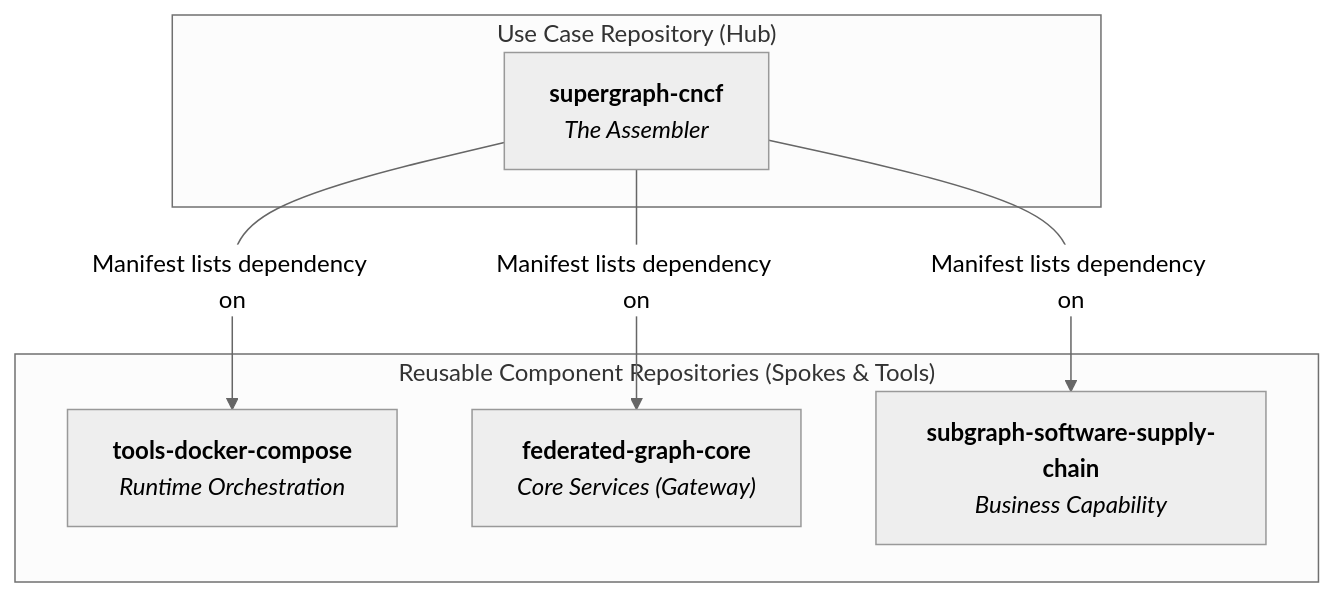
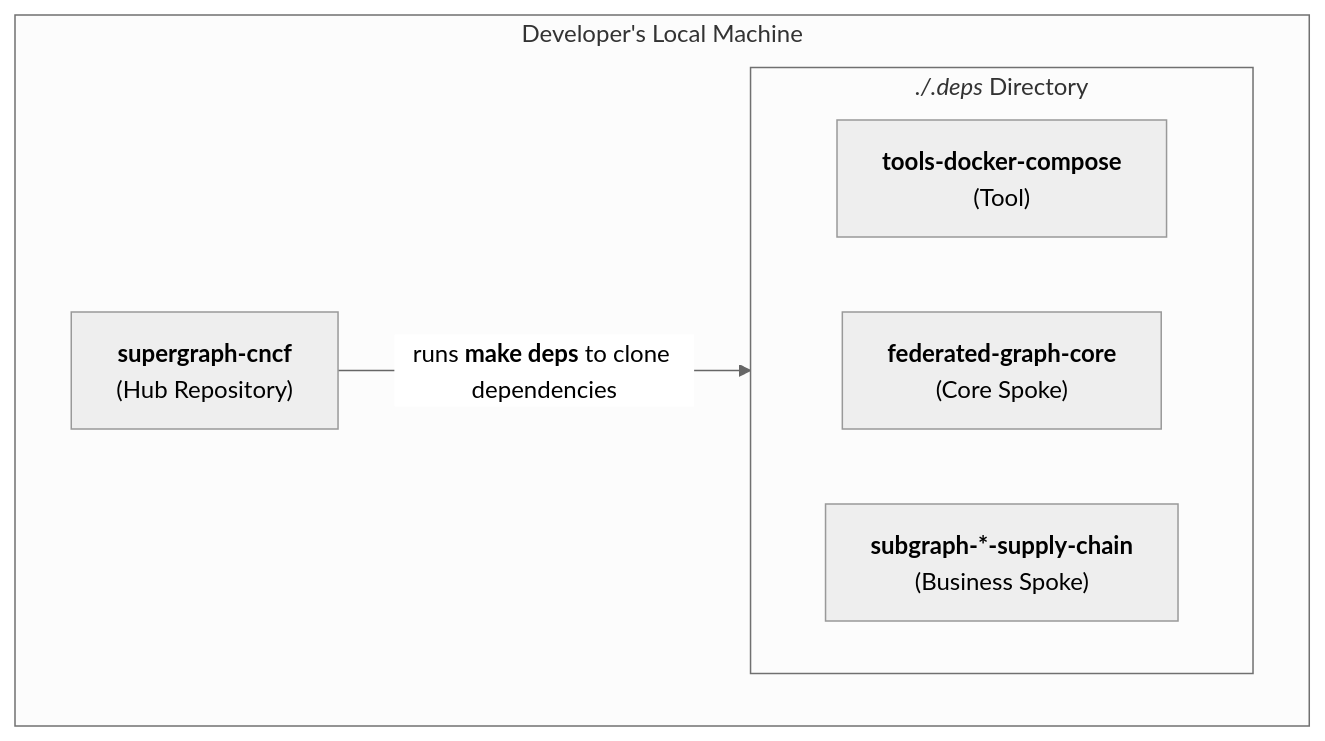
Before and after one commit to graphtastic/platform: the first of 3 diagrams in README.md, drawn with Mermaid (neutral theme). The commit also changed other lines of this file, not shown here.

Commit message:
docs: fixed diagrams in readme.md

````diff
--- a/README.md
+++ b/README.md
@@ -16,16 +15,15 @@
 ```mermaid
 graph TD
-    subgraph "Use Case Repository (Hub)"
-        Hub["<b>supergraph-cncf</b><br/><i>The Assembler</i>"]
+    subgraph "Developer's Local Machine"
+        Hub["<b>supergraph-cncf</b><br/>(Hub Repository)"]
+
+        subgraph "<i>./.deps</i> Directory"
+            direction LR
+            Tool["<b>tools-docker-compose</b><br/>(Tool)"]
+            Core["<b>federated-graph-core</b><br/>(Core Spoke)"]
+            Spoke["<b>subgraph-*-supply-chain</b><br/>(Business Spoke)"]
+        end
     end
 
-    subgraph "Reusable Component Repositories (Spokes & Tools)"
-        ToolsD["<b>tools-docker-compose</b><br/><i>Runtime Orchestration</i>"]
-        Core["<b>federated-graph-core</b><br/><i>Core Services (Gateway)</i>"]
-        SSC["<b>subgraph-software-supply-chain</b><br/><i>Business Capability</i>"]
-    end
-
-    Hub -- "Manifest lists dependency on" --> ToolsD
-    Hub -- "Manifest lists dependency on" --> Core
-    Hub -- "Manifest lists dependency on" --> SSC
+    Hub -- "runs <b>make deps</b> to clone dependencies" --> Core
 ```
````
